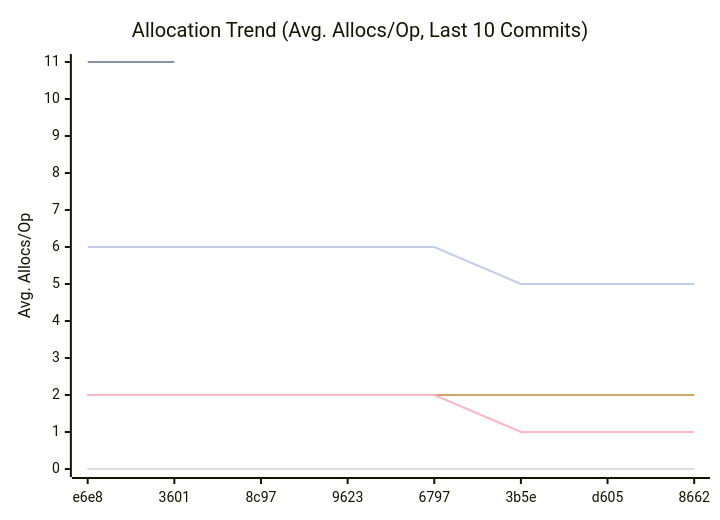
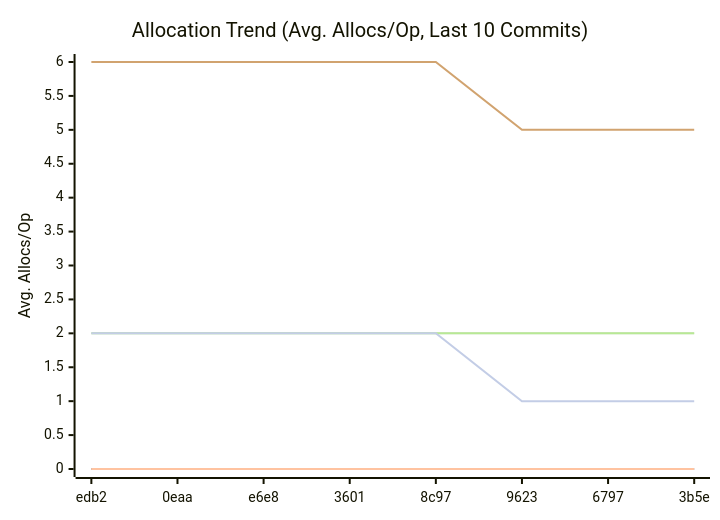
One commit to alsotoes/momo changed the third of 3 diagrams in docs/README.md. Above: the diagram before and after it, drawn with Mermaid. The commit also changed other lines of this file and 4 other files, not shown here.

````diff
--- a/docs/README.md
+++ b/docs/README.md
@@ -339,15 +333,14 @@
 ```mermaid
 xychart-beta
     title "Allocation Trend (Avg. Allocs/Op, Last 10 Commits)"
     x-axis "Commit"
     y-axis "Avg. Allocs/Op"
-    x-axis [e6e8,3601,8c97,9623,6797,3b5e,d605,8662]
+    x-axis [edb2,0eaa,e6e8,3601,8c97,9623,6797,3b5e]
     line "CheckMetricsAndSwap" [0,0,0,0,0,0,0,0,0,0]
-    line "HashFile" [11,11]
     line "IndexDirectTracking" [0,0,0,0,0,0,0,0,0,0]
     line "IndexSearch" [0,0,0,0,0,0,0,0,0,0]
     line "LoadGlobalConfig" [2,2,2,2,2,2,2,2,2,2]
     line "PadString" [2,2,2,2,2,2,2,2,2,2]
     line "ParseReplicationOrder_NoPrealloc" [6,6,6,6,6,5,5,5,5,5]
     line "ParseReplicationOrder_Prealloc" [2,2,2,2,2,1,1,1,1,1]
 ```
````
